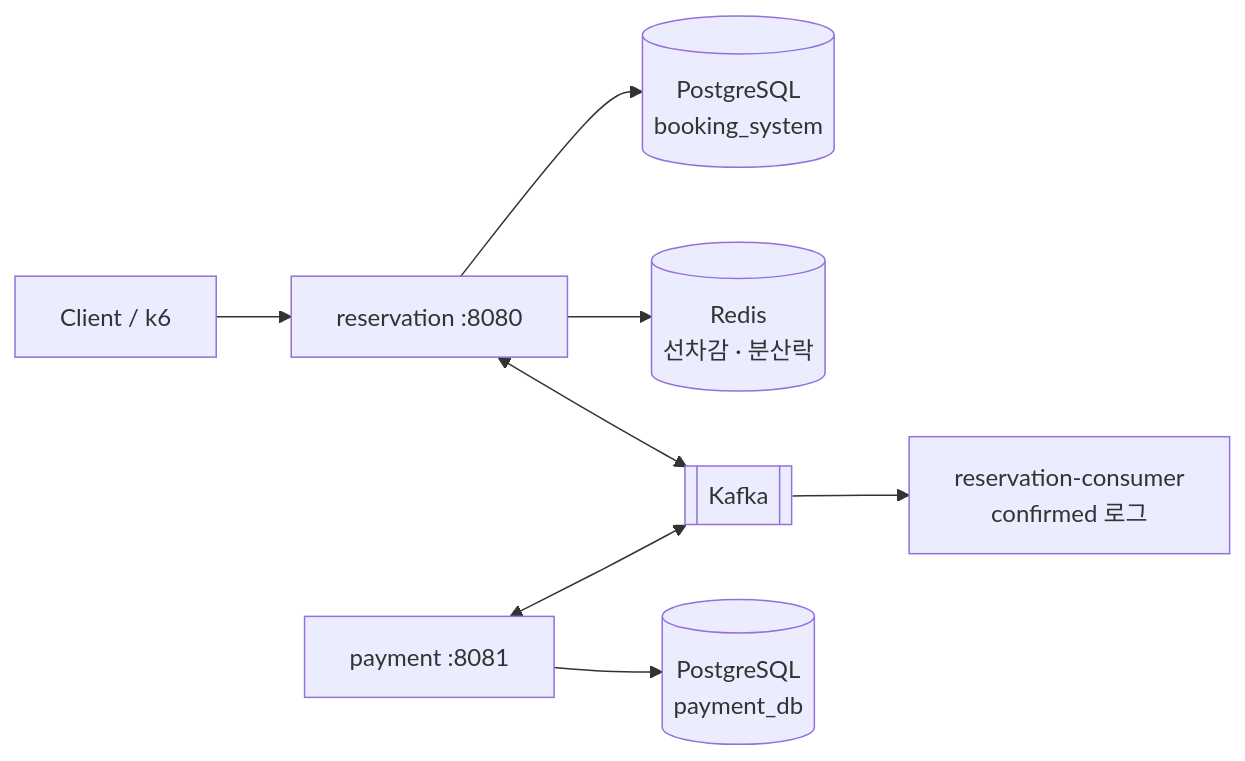
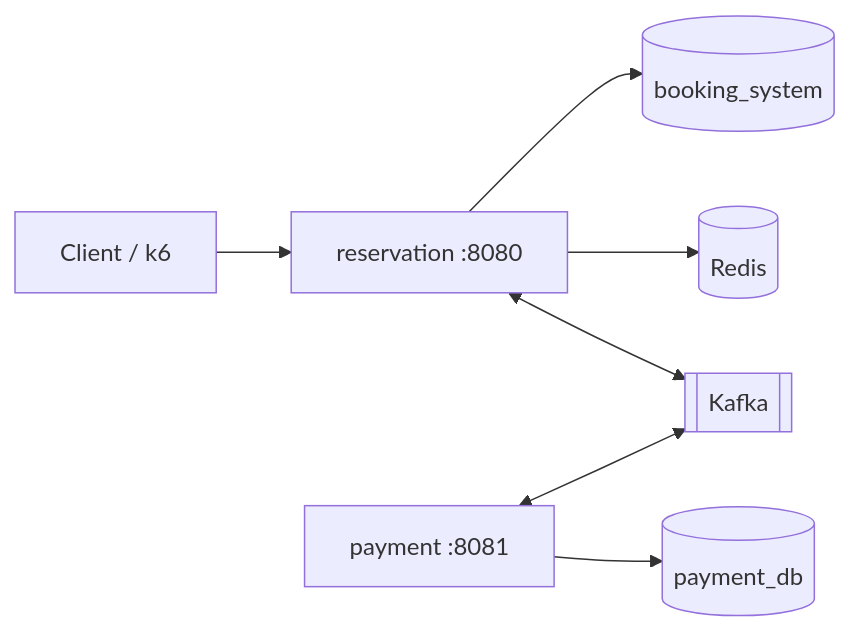
One commit to yuuki9/booking-system changed the first of 2 diagrams in README.md. Above: the diagram before and after it, drawn with Mermaid. The commit also changed other lines of this file, not shown here.

````diff
--- a/README.md
+++ b/README.md
@@ -11,10 +25,9 @@
 ```mermaid
 flowchart LR
   Client["Client / k6"] --> Reservation["reservation :8080"]
-  Reservation --> BookingDB[("PostgreSQL<br/>booking_system")]
-  Reservation --> Redis[("Redis<br/>선차감 · 분산락")]
+  Reservation --> BookingDB[("booking_system")]
+  Reservation --> Redis[("Redis")]
   Reservation <--> Kafka[["Kafka"]]
   Payment["payment :8081"] <--> Kafka
-  Payment --> PaymentDB[("PostgreSQL<br/>payment_db")]
-  Kafka --> Consumer["reservation-consumer<br/>confirmed 로그"]
+  Payment --> PaymentDB[("payment_db")]
 ```
````
